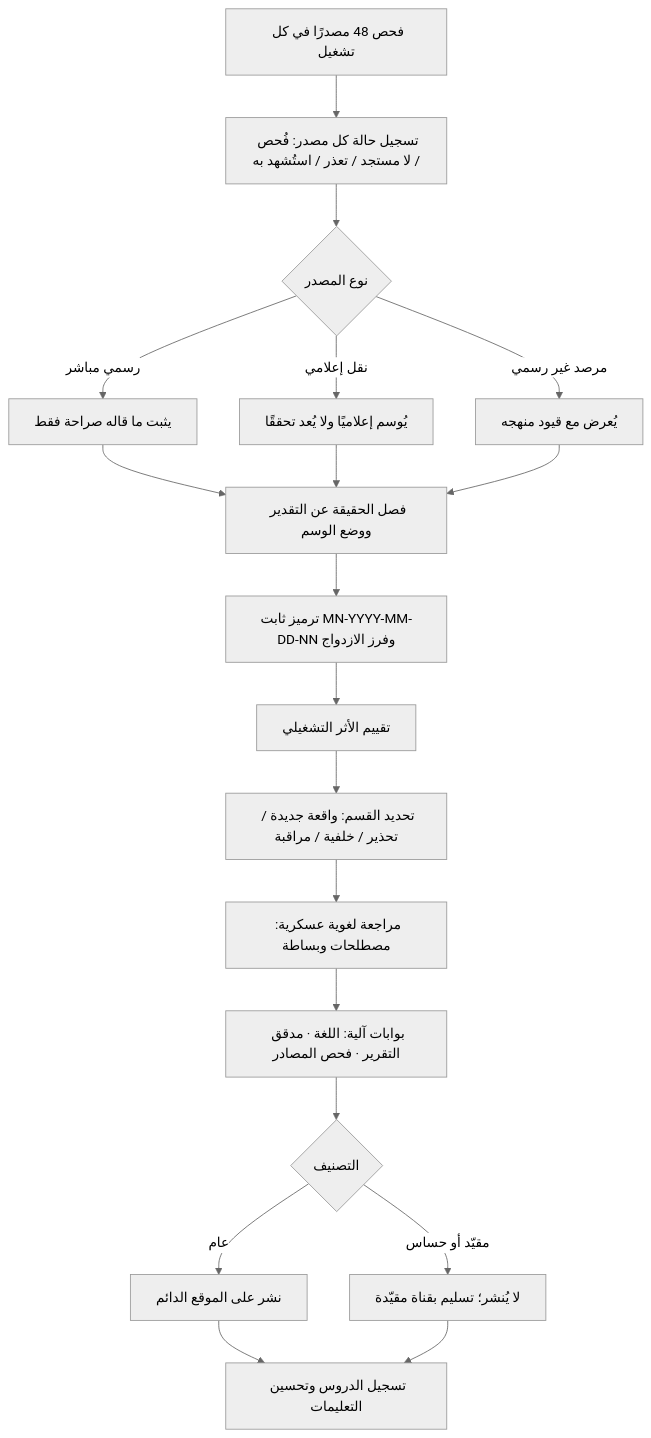
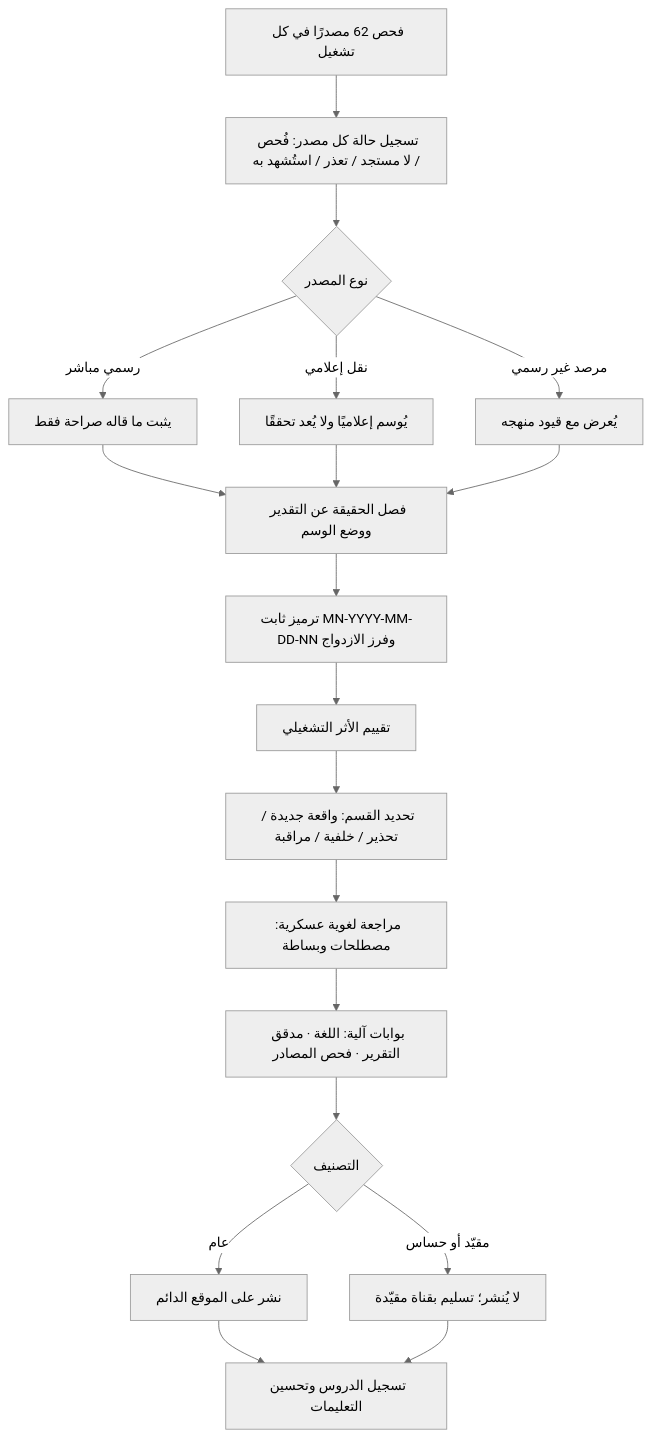
One commit to fahadaldoseri/mda-marine-system changed the diagram in brain/docs/دليل-التقرير-اليومي-النوع-والتغطية-والإجراءات.md. Above: the diagram before and after it, drawn with Mermaid (neutral theme). The commit also changed other lines of this file and 15 other files, not shown here.

````diff
--- a/brain/docs/دليل-التقرير-اليومي-النوع-والتغطية-والإجراءات.md
+++ b/brain/docs/دليل-التقرير-اليومي-النوع-والتغطية-والإجراءات.md
@@ -98,21 +98,21 @@
 ```mermaid
 flowchart TD
-    A[فحص 48 مصدرًا في كل تشغيل] --> B[تسجيل حالة كل مصدر: فُحص / لا مستجد / تعذر / استُشهد به]
+    A[فحص 62 مصدرًا في كل تشغيل] --> B[تسجيل حالة كل مصدر: فُحص / لا مستجد / تعذر / استُشهد به]
     B --> C{نوع المصدر}
     C -->|رسمي مباشر| D[يثبت ما قاله صراحة فقط]
     C -->|نقل إعلامي| E[يُوسم إعلاميًا ولا يُعد تحققًا]
     C -->|مرصد غير رسمي| F[يُعرض مع قيود منهجه]
     D --> G[فصل الحقيقة عن التقدير ووضع الوسم]
     E --> G
     F --> G
     G --> H[ترميز ثابت MN-YYYY-MM-DD-NN وفرز الازدواج]
     H --> I[تقييم الأثر التشغيلي]
     I --> J[تحديد القسم: واقعة جديدة / تحذير / خلفية / مراقبة]
     J --> K[مراجعة لغوية عسكرية: مصطلحات وبساطة]
     K --> L[بوابات آلية: اللغة · مدقق التقرير · فحص المصادر]
     L --> M{التصنيف}
     M -->|عام| N[نشر على الموقع الدائم]
     M -->|مقيّد أو حساس| O[لا يُنشر؛ تسليم بقناة مقيّدة]
     N --> P[تسجيل الدروس وتحسين التعليمات]
     O --> P
 ```
````
